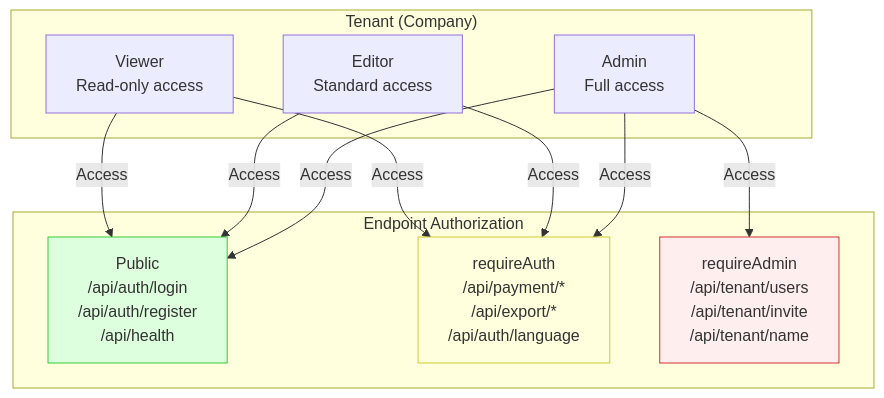
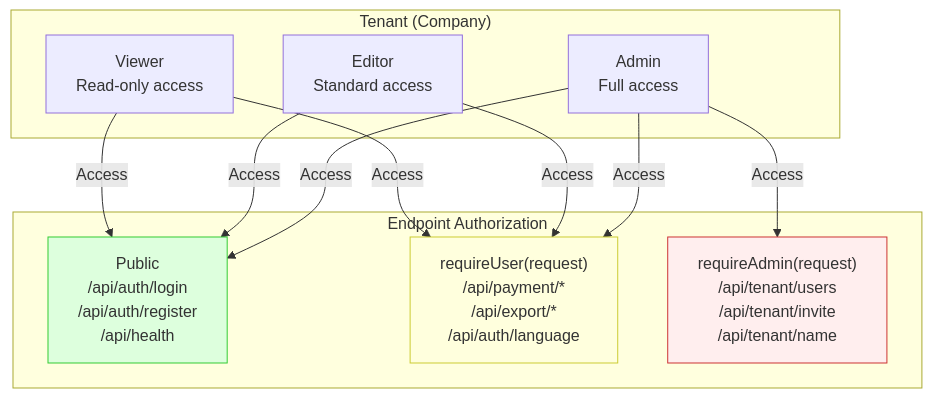
Before and after one commit to erium/app-template: the fifth of 6 diagrams in docs/architecture-logical.md, drawn with Mermaid. The commit also changed other lines of this file and 7 other files, not shown here.

````diff
--- a/docs/architecture-logical.md
+++ b/docs/architecture-logical.md
@@ -158,26 +157,26 @@
 ```mermaid
 graph TD
     subgraph Tenant["Tenant (Company)"]
         Admin["Admin<br/>Full access"]
         Editor["Editor<br/>Standard access"]
         Viewer["Viewer<br/>Read-only access"]
     end
 
     subgraph Permissions["Endpoint Authorization"]
         Public["Public<br/>/api/auth/login<br/>/api/auth/register<br/>/api/health"]
-        AuthRequired["requireAuth<br/>/api/payment/*<br/>/api/export/*<br/>/api/auth/language"]
-        AdminOnly["requireAdmin<br/>/api/tenant/users<br/>/api/tenant/invite<br/>/api/tenant/name"]
+        AuthRequired["requireUser(request)<br/>/api/payment/*<br/>/api/export/*<br/>/api/auth/language"]
+        AdminOnly["requireAdmin(request)<br/>/api/tenant/users<br/>/api/tenant/invite<br/>/api/tenant/name"]
     end
 
     Admin -->|"Access"| Public
     Admin -->|"Access"| AuthRequired
     Admin -->|"Access"| AdminOnly
     Editor -->|"Access"| Public
     Editor -->|"Access"| AuthRequired
     Viewer -->|"Access"| Public
     Viewer -->|"Access"| AuthRequired
 
     style AdminOnly fill:#fee,stroke:#c33
     style AuthRequired fill:#ffd,stroke:#cc3
     style Public fill:#dfd,stroke:#3c3
 ```
````
